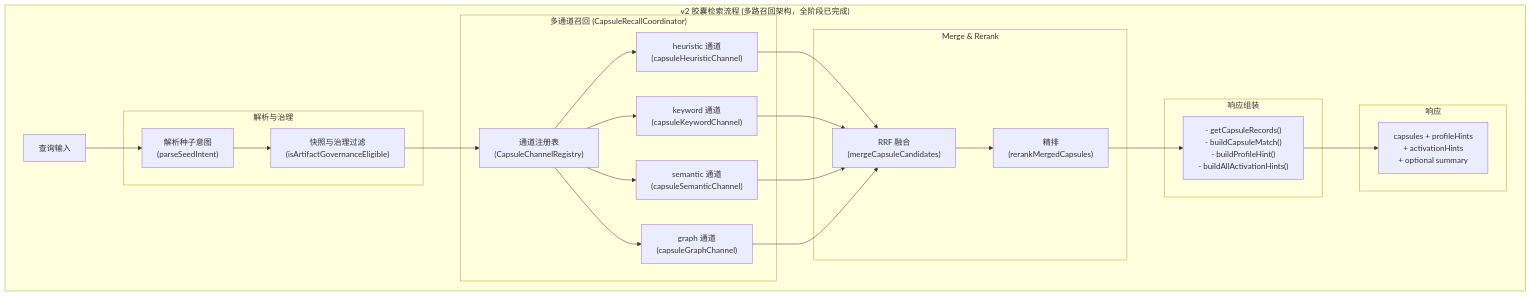
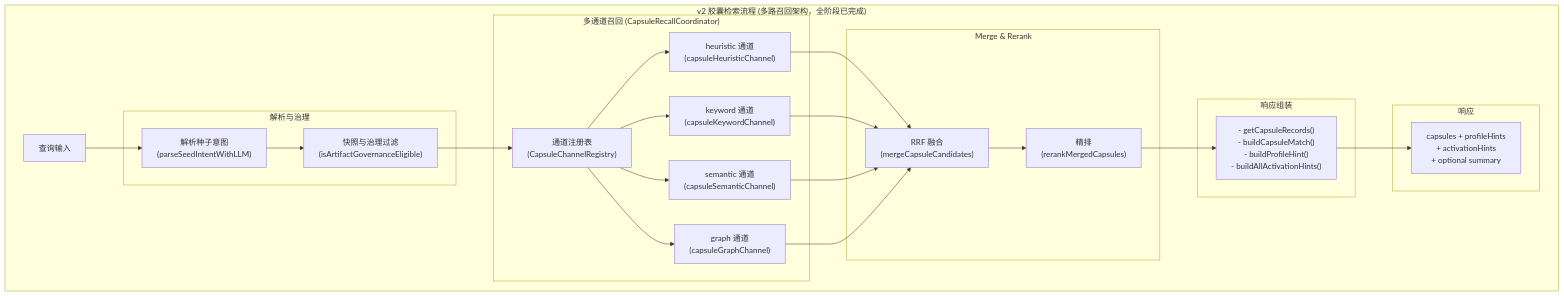
One commit to pofossette/TrapMap-for-vibing changed the seventh of 8 diagrams in docs/architecture/components/RETRIEVAL.md. Above: the diagram before and after it, drawn with Mermaid. The commit also changed other lines of this file and 28 other files, not shown here.

First line of the commit message:
feat(retrieval): implement llm-backed intent parsing with full integration

````diff
--- a/docs/architecture/components/RETRIEVAL.md
+++ b/docs/architecture/components/RETRIEVAL.md
@@ -260,34 +260,34 @@
 ```mermaid
 flowchart TB
     subgraph 胶囊检索["v2 胶囊检索流程 (多路召回架构，全阶段已完成)"]
         A["查询输入"]
         
         subgraph 解析["解析与治理"]
-            B1["解析种子意图<br/>(parseSeedIntent)"]
+            B1["解析种子意图<br/>(parseSeedIntentWithLLM)"]
             B2["快照与治理过滤<br/>(isArtifactGovernanceEligible)"]
         end
 
         subgraph 多通道召回["多通道召回 (CapsuleRecallCoordinator)"]
             C0["通道注册表<br/>(CapsuleChannelRegistry)"]
             C1["heuristic 通道<br/>(capsuleHeuristicChannel)"]
             C2["keyword 通道<br/>(capsuleKeywordChannel)"]
             C3["semantic 通道<br/>(capsuleSemanticChannel)"]
             C4["graph 通道<br/>(capsuleGraphChannel)"]
         end
 
         subgraph 融合["Merge & Rerank"]
             D1["RRF 融合<br/>(mergeCapsuleCandidates)"]
             D2["精排<br/>(rerankMergedCapsules)"]
         end
 
         subgraph 组装["响应组装"]
             E["- getCapsuleRecords()<br/>- buildCapsuleMatch()<br/>- buildProfileHint()<br/>- buildAllActivationHints()"]
         end
 
         subgraph 响应["响应"]
             F["capsules + profileHints<br/>+ activationHints<br/>+ optional summary"]
         end
 
         A --> B1 --> B2 --> C0 --> C1 & C2 & C3 & C4 --> D1 --> D2 --> E --> F
     end
 ```
````
